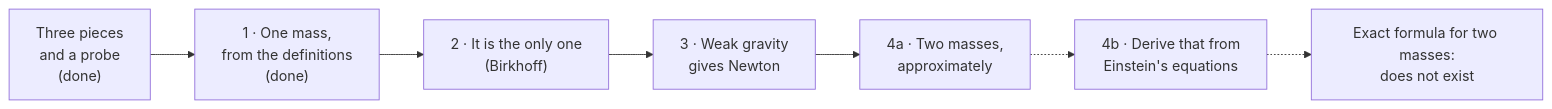
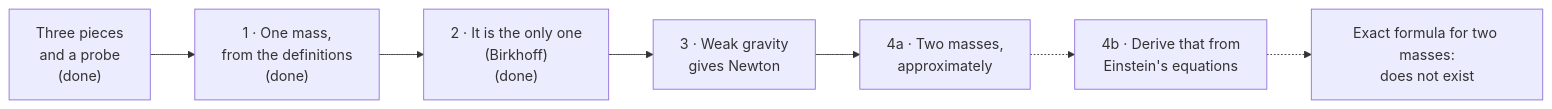
The diagram in README.md (flujo-app/gravity-in-lean), drawn with Mermaid before and after one commit. The commit also changed other lines of this file and 7 other files, not shown here.

````diff
--- a/README.md
+++ b/README.md
@@ -27,9 +28,9 @@
 ```mermaid
 flowchart LR
   T["Three pieces<br/>and a probe<br/>(done)"] --> R1["1 · One mass,<br/>from the definitions<br/>(done)"]
-  R1 --> R2["2 · It is the only one<br/>(Birkhoff)"]
+  R1 --> R2["2 · It is the only one<br/>(Birkhoff)<br/>(done)"]
   R2 --> R3["3 · Weak gravity<br/>gives Newton"]
   R3 --> R4["4a · Two masses,<br/>approximately"]
   R4 -.-> R5["4b · Derive that from<br/>Einstein's equations"]
   R5 -.-> X["Exact formula for two masses:<br/>does not exist"]
 ```
````
